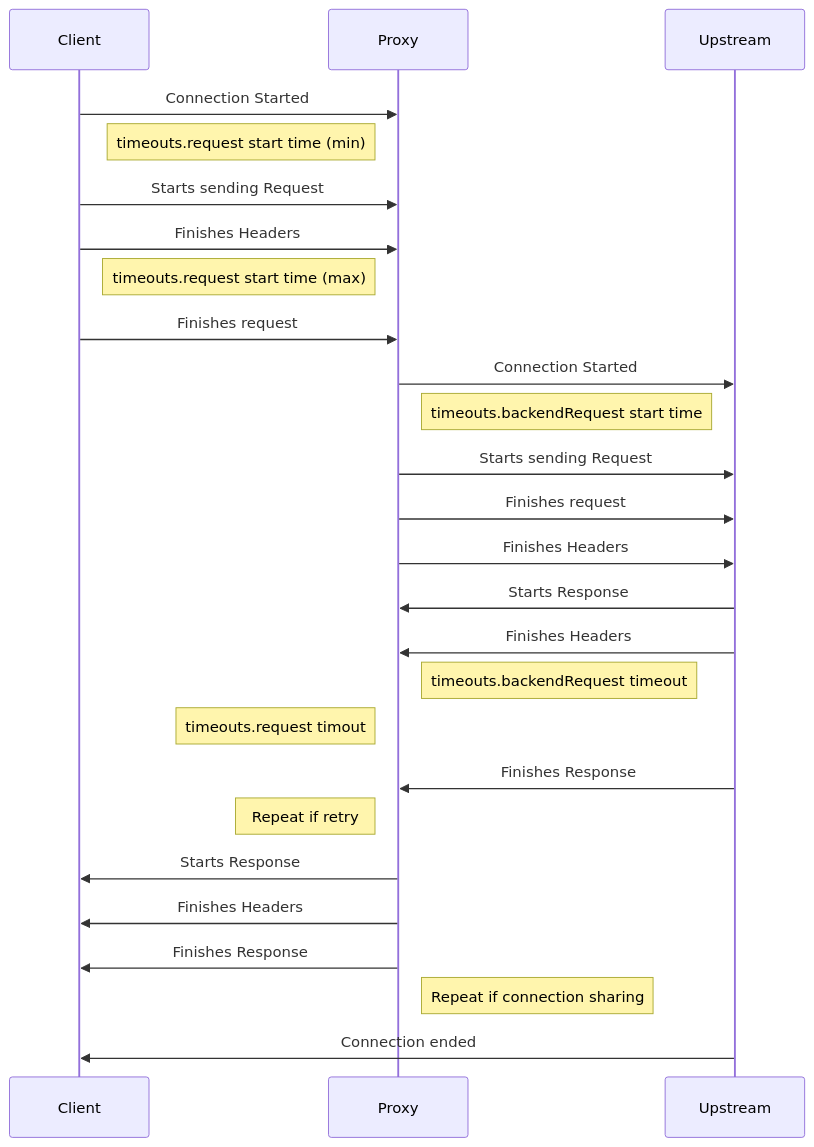
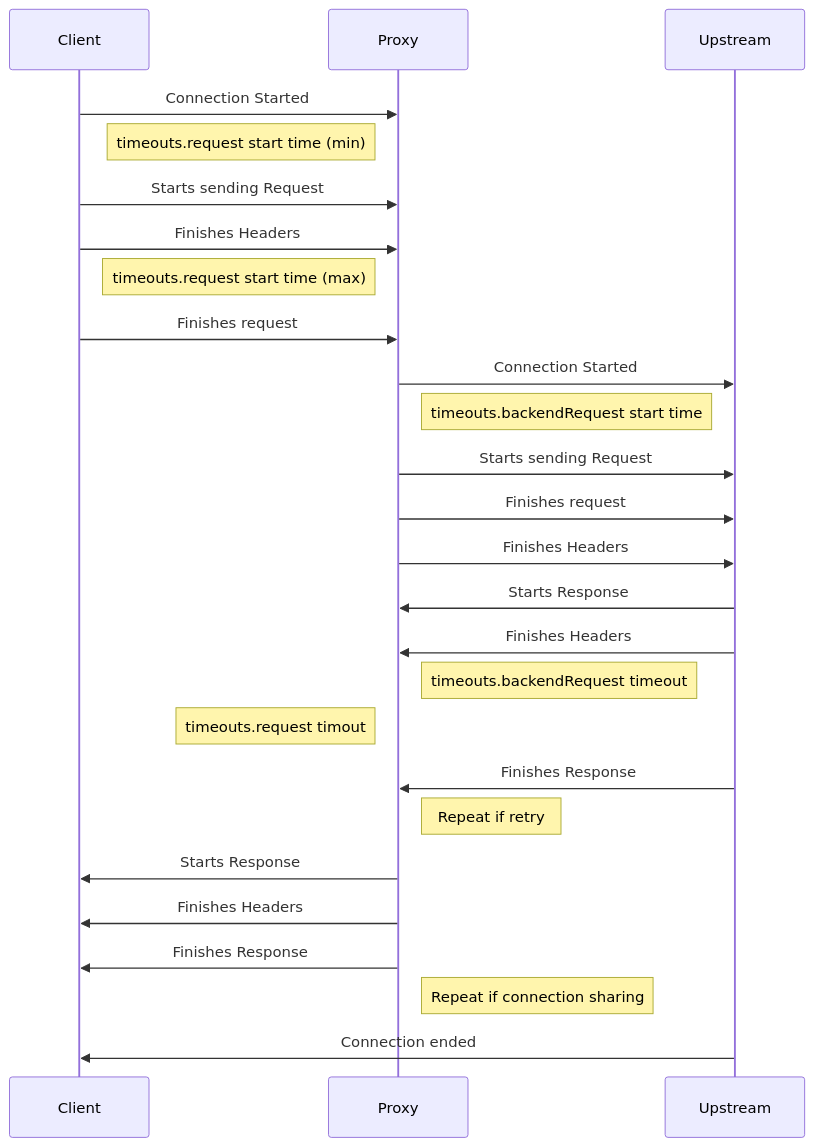
Before and after one commit to kubernetes-sigs/gateway-api: the sixth of 6 diagrams in geps/gep-1742.md, drawn with Mermaid.

Commit message:
tweak diagram

````diff
--- a/geps/gep-1742.md
+++ b/geps/gep-1742.md
@@ -401,28 +401,28 @@
 ```mermaid
 sequenceDiagram
     participant C as Client
     participant P as Proxy
     participant U as Upstream
     C->>P: Connection Started
     note left of P: timeouts.request start time (min)
     C->>P: Starts sending Request
     C->>P: Finishes Headers
     note left of P: timeouts.request start time (max)
     C->>P: Finishes request
     P->>U: Connection Started
     note right of P: timeouts.backendRequest start time
     P->>U: Starts sending Request
     P->>U: Finishes request
     P->>U: Finishes Headers
     U->>P: Starts Response
     U->>P: Finishes Headers
     note right of P: timeouts.backendRequest timeout
     note left of P: timeouts.request timout
     U->>P: Finishes Response
-    note left of P: Repeat if retry
+    note right of P: Repeat if retry
     P->>C: Starts Response
     P->>C: Finishes Headers
     P->>C: Finishes Response
     Note right of P: Repeat if connection sharing
     U->>C: Connection ended
 ```
````
